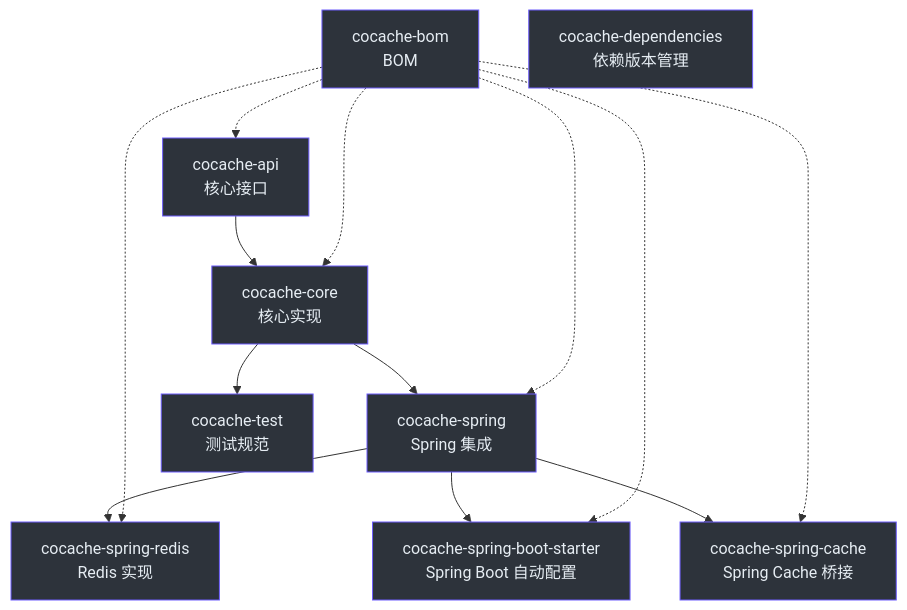
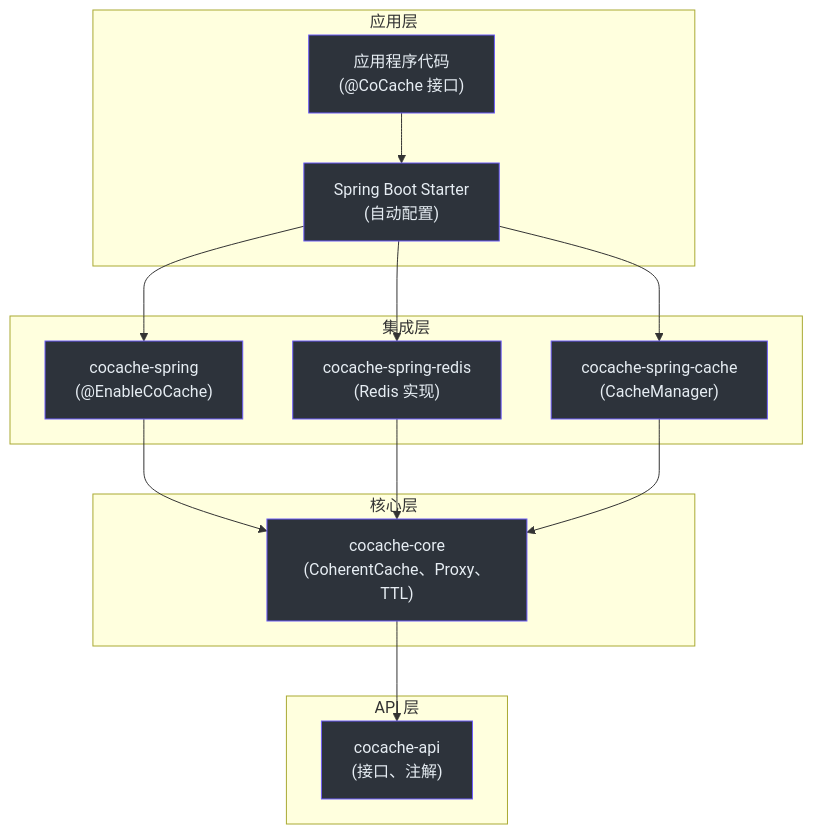
The third of 5 diagrams in wiki/zh/modules/index.md (Ahoo-Wang/CoCache), drawn with Mermaid before and after one commit. The commit also changed other lines of this file and 25 other files, not shown here.

````diff
--- a/wiki/zh/modules/index.md
+++ b/wiki/zh/modules/index.md
@@ -12,35 +133,42 @@
 ```mermaid
 graph TB
-    API["cocache-api<br>核心接口"]
-    Core["cocache-core<br>核心实现"]
-    Spring["cocache-spring<br>Spring 集成"]
-    Redis["cocache-spring-redis<br>Redis 实现"]
-    Starter["cocache-spring-boot-starter<br>Spring Boot 自动配置"]
-    SpringCache["cocache-spring-cache<br>Spring Cache 桥接"]
-    Test["cocache-test<br>测试规范"]
-    BOM["cocache-bom<br>BOM"]
-    Deps["cocache-dependencies<br>依赖版本管理"]
+    subgraph sg_55 ["应用层"]
 
-    API --> Core
-    Core --> Spring
-    Spring --> Redis
-    Spring --> Starter
-    Spring --> SpringCache
-    Core --> Test
-    BOM -.-> API
-    BOM -.-> Core
-    BOM -.-> Spring
-    BOM -.-> Redis
-    BOM -.-> Starter
-    BOM -.-> SpringCache
+        app["应用程序代码<br>(@CoCache 接口)"]
+        style app fill:#2d333b,stroke:#6d5dfc,color:#e6edf3
+        spring_boot["Spring Boot Starter<br>(自动配置)"]
+        style spring_boot fill:#2d333b,stroke:#6d5dfc,color:#e6edf3
+    end
 
-    style API fill:#2d333b,stroke:#6d5dfc,color:#e6edf3
-    style Core fill:#2d333b,stroke:#6d5dfc,color:#e6edf3
-    style Spring fill:#2d333b,stroke:#6d5dfc,color:#e6edf3
-    style Redis fill:#2d333b,stroke:#6d5dfc,color:#e6edf3
-    style Starter fill:#2d333b,stroke:#6d5dfc,color:#e6edf3
-    style SpringCache fill:#2d333b,stroke:#6d5dfc,color:#e6edf3
-    style Test fill:#2d333b,stroke:#6d5dfc,color:#e6edf3
-    style BOM fill:#2d333b,stroke:#6d5dfc,color:#e6edf3
-    style Deps fill:#2d333b,stroke:#6d5dfc,color:#e6edf3
+    subgraph sg_56 ["集成层"]
+
+        spring_mod["cocache-spring<br>(@EnableCoCache)"]
+        style spring_mod fill:#2d333b,stroke:#6d5dfc,color:#e6edf3
+        redis_mod["cocache-spring-redis<br>(Redis 实现)"]
+        style redis_mod fill:#2d333b,stroke:#6d5dfc,color:#e6edf3
+        spring_cache_mod["cocache-spring-cache<br>(CacheManager)"]
+        style spring_cache_mod fill:#2d333b,stroke:#6d5dfc,color:#e6edf3
+    end
+
+    subgraph sg_57 ["核心层"]
+
+        core_mod["cocache-core<br>(CoherentCache、Proxy、TTL)"]
+        style core_mod fill:#2d333b,stroke:#6d5dfc,color:#e6edf3
+    end
+
+    subgraph sg_58 ["API 层"]
+
+        api_mod["cocache-api<br>(接口、注解)"]
+        style api_mod fill:#2d333b,stroke:#6d5dfc,color:#e6edf3
+    end
+
+    app --> spring_boot
+    spring_boot --> spring_mod
+    spring_boot --> redis_mod
+    spring_boot --> spring_cache_mod
+    spring_mod --> core_mod
+    redis_mod --> core_mod
+    spring_cache_mod --> core_mod
+    core_mod --> api_mod
+
 ```
````
